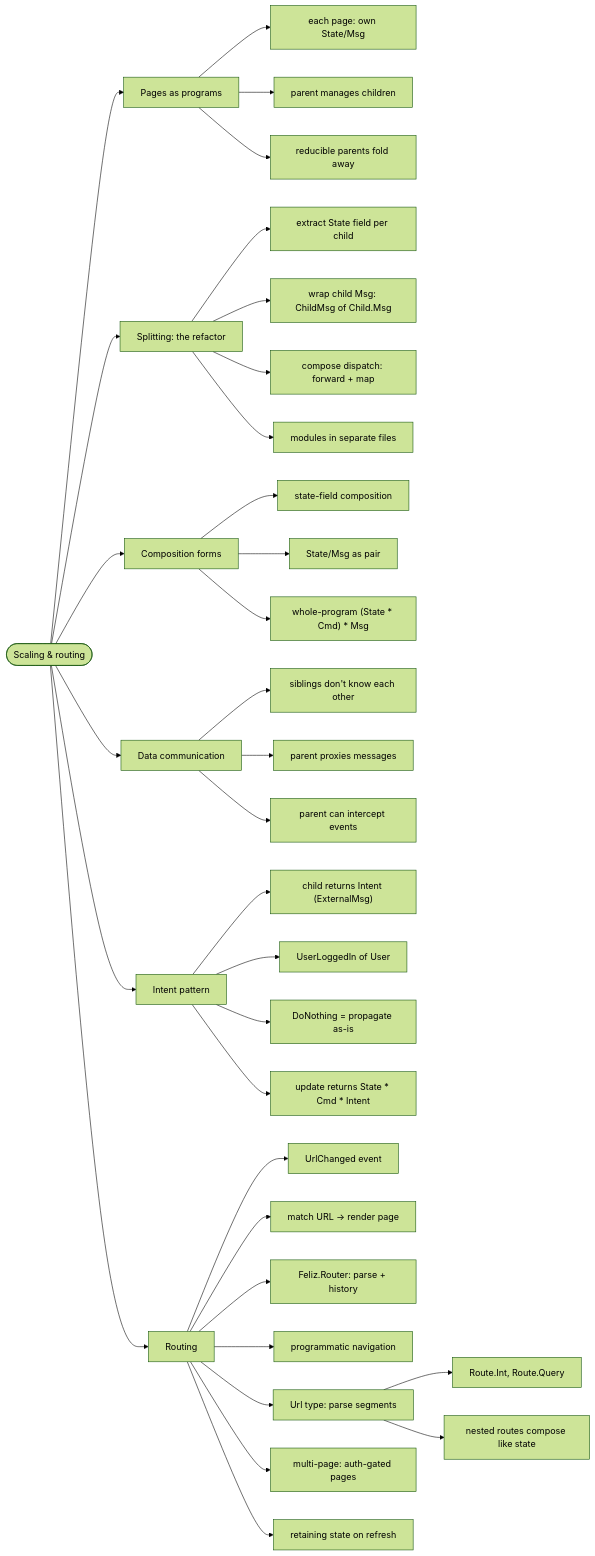
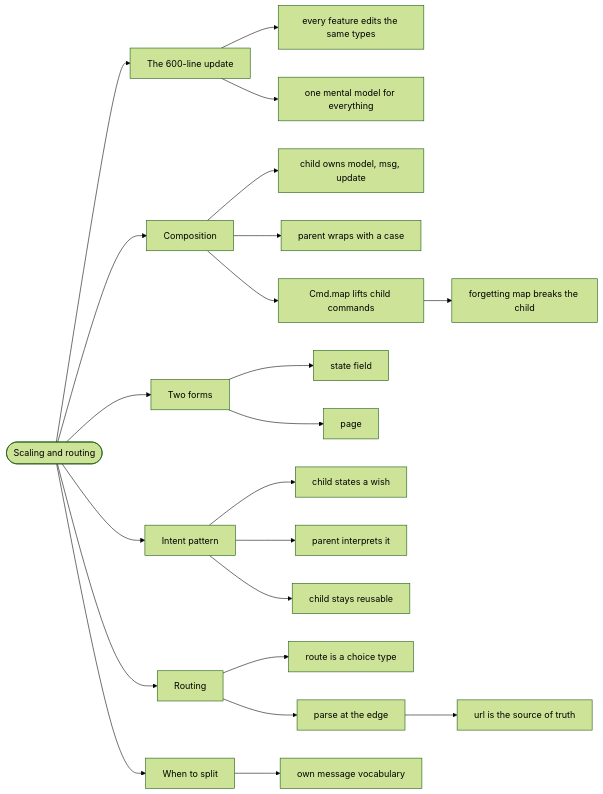
Before and after one commit to 42WASD/42wasd-community-web: the diagram in docs/knowledge/scaling-and-routing/index.md, drawn with Mermaid (forest theme). The commit also changed other lines of this file and 36 other files, not shown here.

````diff
--- a/docs/knowledge/scaling-and-routing/index.md
+++ b/docs/knowledge/scaling-and-routing/index.md
@@ -167,68 +169,46 @@
 ```mermaid
 flowchart LR
-    n1(["Scaling &amp; routing"])
-    n2["Pages as programs"]
-    n3["each page: own State/Msg"]
-    n4["parent manages children"]
-    n5["reducible parents fold away"]
-    n6["Splitting: the refactor"]
-    n7["extract State field per child"]
-    n8["wrap child Msg: ChildMsg of Child.Msg"]
-    n9["compose dispatch: forward + map"]
-    n10["modules in separate files"]
-    n11["Composition forms"]
-    n12["state-field composition"]
-    n13["State/Msg as pair"]
-    n14["whole-program (State * Cmd) * Msg"]
-    n15["Data communication"]
-    n16["siblings don't know each other"]
-    n17["parent proxies messages"]
-    n18["parent can intercept events"]
-    n19["Intent pattern"]
-    n20["child returns Intent (ExternalMsg)"]
-    n21["UserLoggedIn of User"]
-    n22["DoNothing = propagate as-is"]
-    n23["update returns State * Cmd * Intent"]
-    n24["Routing"]
-    n25["UrlChanged event"]
-    n26["match URL → render page"]
-    n27["Feliz.Router: parse + history"]
-    n28["programmatic navigation"]
-    n29["Url type: parse segments"]
-    n30["Route.Int, Route.Query"]
-    n31["nested routes compose like state"]
-    n32["multi-page: auth-gated pages"]
-    n33["retaining state on refresh"]
+    n1(["Scaling and routing"])
+    n2["The 600-line update"]
+    n3["every feature edits the same types"]
+    n4["one mental model for everything"]
+    n5["Composition"]
+    n6["child owns model, msg, update"]
+    n7["parent wraps with a case"]
+    n8["Cmd.map lifts child commands"]
+    n9["forgetting map breaks the child"]
+    n10["Two forms"]
+    n11["state field"]
+    n12["page"]
+    n13["Intent pattern"]
+    n14["child states a wish"]
+    n15["parent interprets it"]
+    n16["child stays reusable"]
+    n17["Routing"]
+    n18["route is a choice type"]
+    n19["parse at the edge"]
+    n20["url is the source of truth"]
+    n21["When to split"]
+    n22["own message vocabulary"]
     n1 --> n2
     n2 --> n3
     n2 --> n4
-    n2 --> n5
-    n1 --> n6
-    n6 --> n7
-    n6 --> n8
-    n6 --> n9
-    n6 --> n10
-    n1 --> n11
-    n11 --> n12
-    n11 --> n13
-    n11 --> n14
-    n1 --> n15
-    n15 --> n16
-    n15 --> n17
-    n15 --> n18
-    n1 --> n19
+    n1 --> n5
+    n5 --> n6
+    n5 --> n7
+    n5 --> n8
+    n8 --> n9
+    n1 --> n10
+    n10 --> n11
+    n10 --> n12
+    n1 --> n13
+    n13 --> n14
+    n13 --> n15
+    n13 --> n16
+    n1 --> n17
+    n17 --> n18
+    n17 --> n19
     n19 --> n20
-    n19 --> n21
-    n19 --> n22
-    n19 --> n23
-    n1 --> n24
-    n24 --> n25
-    n24 --> n26
-    n24 --> n27
-    n24 --> n28
-    n24 --> n29
-    n29 --> n30
-    n29 --> n31
-    n24 --> n32
-    n24 --> n33
+    n1 --> n21
+    n21 --> n22
 ```
````
